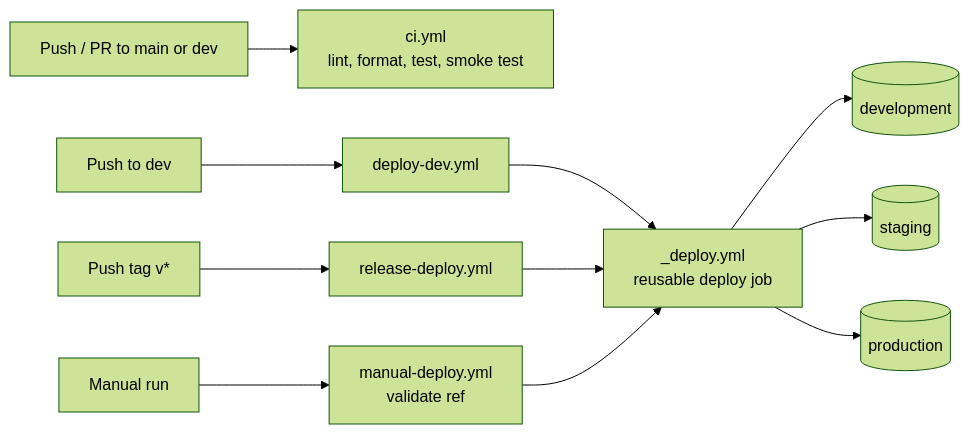
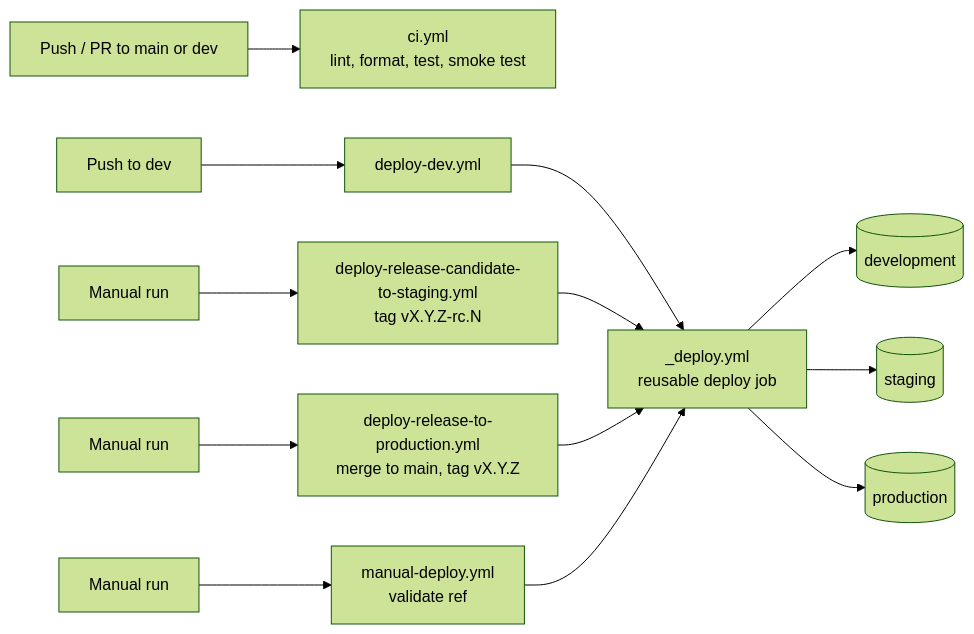
Before and after one commit to MohamedAlkady65/ci_cd_example: the diagram in README.md, drawn with Mermaid (forest theme). The commit also changed other lines of this file and 6 other files, not shown here.

````diff
--- a/README.md
+++ b/README.md
@@ -87,13 +87,15 @@
 ```mermaid
 flowchart LR
     PR[Push / PR to main or dev] --> CI[ci.yml<br/>lint, format, test, smoke test]
     DEV[Push to dev] --> DD[deploy-dev.yml]
-    TAG[Push tag v*] --> RD[release-deploy.yml]
+    RC[Manual run] --> DRC[deploy-release-candidate-to-staging.yml<br/>tag vX.Y.Z-rc.N]
+    REL[Manual run] --> DRL[deploy-release-to-production.yml<br/>merge to main, tag vX.Y.Z]
     MAN[Manual run] --> MD[manual-deploy.yml<br/>validate ref]
     DD --> R[_deploy.yml<br/>reusable deploy job]
-    RD --> R
+    DRC --> R
+    DRL --> R
     MD --> R
     R --> E1[(development)]
     R --> E2[(staging)]
     R --> E3[(production)]
 ```
````
